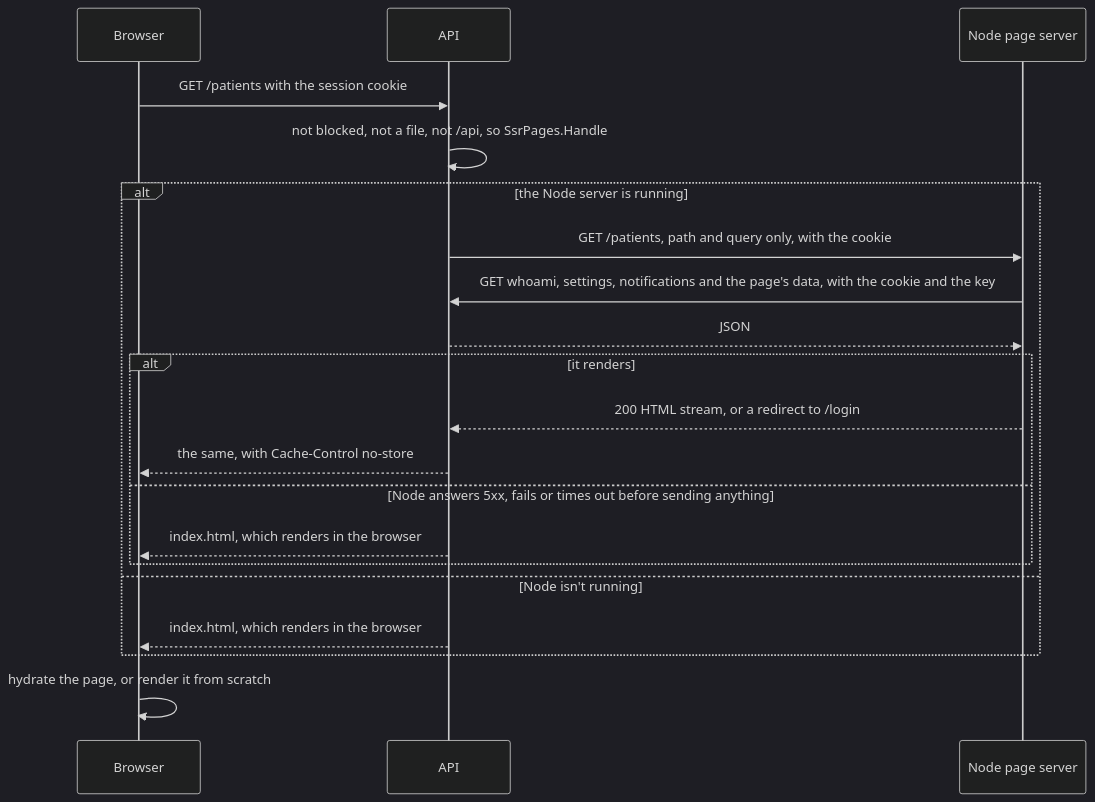
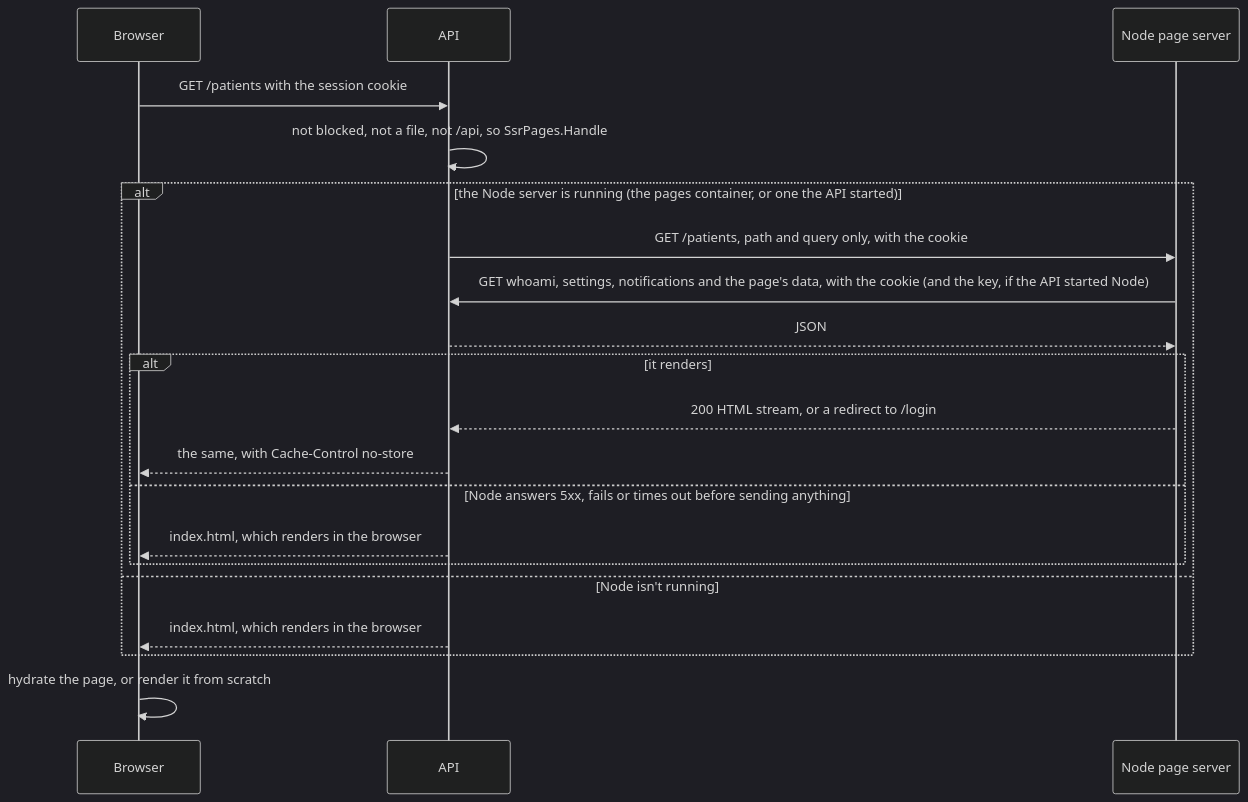
The seventh of 10 diagrams in docs/architecture.md (Aliator/MedApp), drawn with Mermaid (dark theme) before and after one commit. The commit also changed other lines of this file and 8 other files, not shown here.

Commit message:
Documented the page server sidecar

````diff
--- a/docs/architecture.md
+++ b/docs/architecture.md
@@ -666,22 +668,22 @@
 ```mermaid
 sequenceDiagram
     participant B as Browser
     participant A as API
     participant N as Node page server
     B->>A: GET /patients with the session cookie
     A->>A: not blocked, not a file, not /api, so SsrPages.Handle
-    alt the Node server is running
+    alt the Node server is running (the pages container, or one the API started)
         A->>N: GET /patients, path and query only, with the cookie
-        N->>A: GET whoami, settings, notifications and the page's data, with the cookie and the key
+        N->>A: GET whoami, settings, notifications and the page's data, with the cookie (and the key, if the API started Node)
         A-->>N: JSON
         alt it renders
             N-->>A: 200 HTML stream, or a redirect to /login
             A-->>B: the same, with Cache-Control no-store
         else Node answers 5xx, fails or times out before sending anything
             A-->>B: index.html, which renders in the browser
         end
     else Node isn't running
         A-->>B: index.html, which renders in the browser
     end
     B->>B: hydrate the page, or render it from scratch
 ```
````
